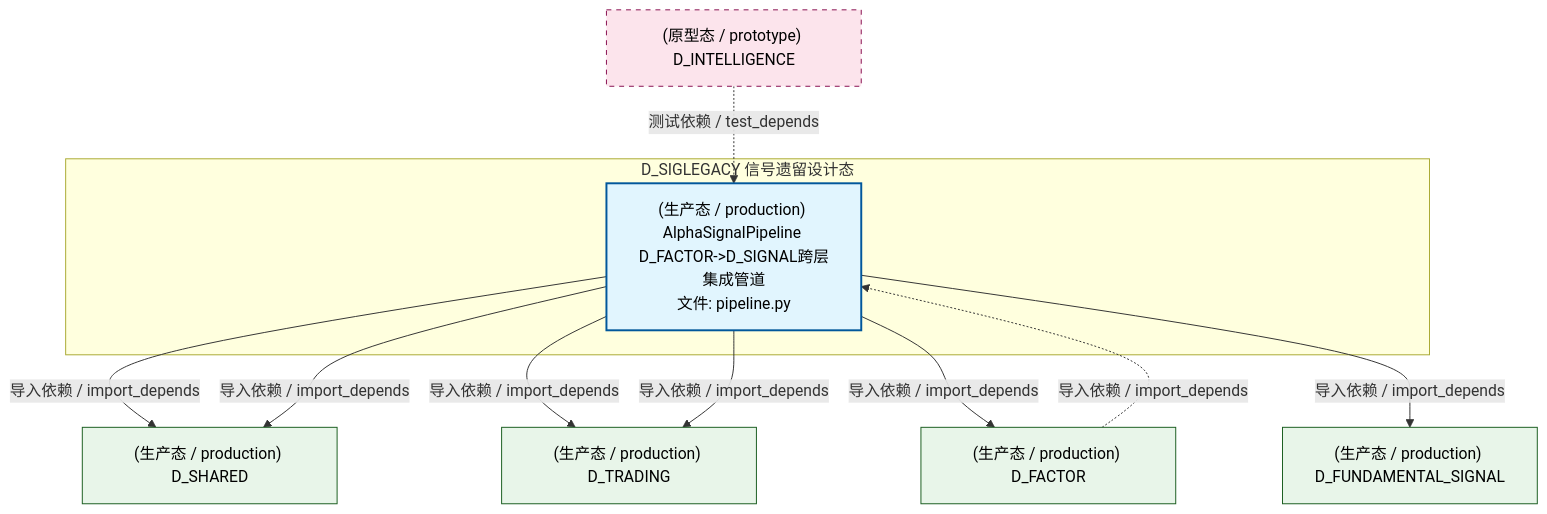
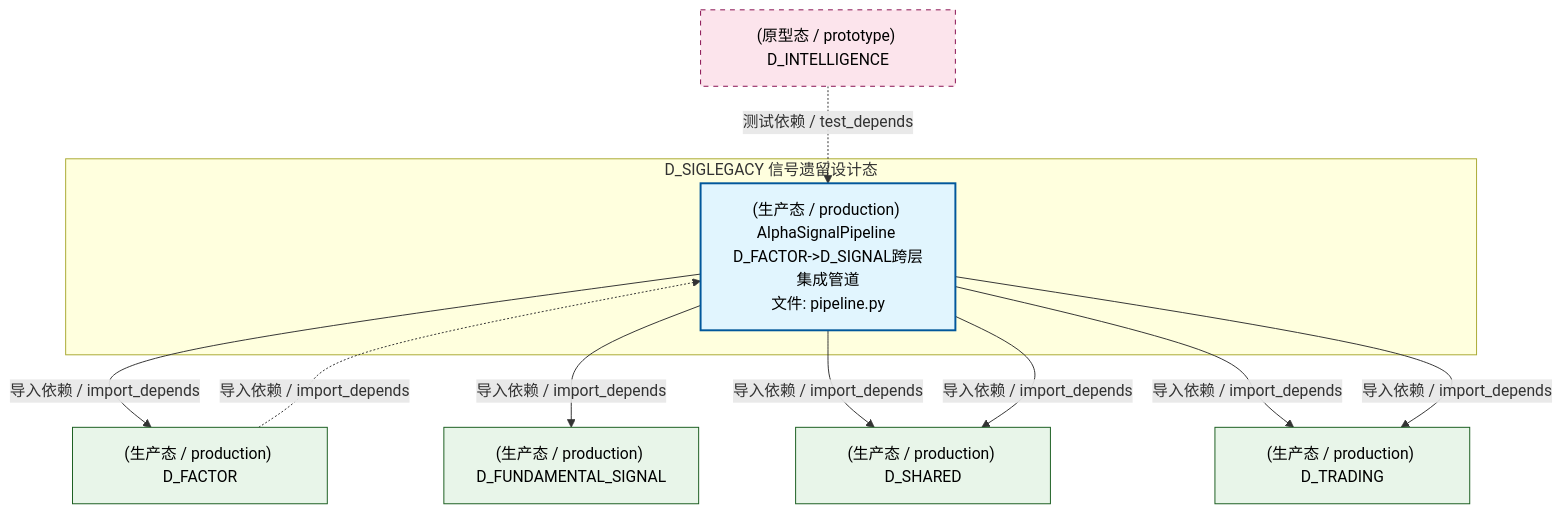
One commit to xuanFelixVan/ZephyrAlpha changed the second of 4 diagrams in docs/02_enterprise_architecture/02_domain_architecture_docs/63_d_siglegacy.md. Above: the diagram before and after it, drawn with Mermaid. The commit also changed other lines of this file and 126 other files, not shown here.

````diff
--- a/docs/02_enterprise_architecture/02_domain_architecture_docs/63_d_siglegacy.md
+++ b/docs/02_enterprise_architecture/02_domain_architecture_docs/63_d_siglegacy.md
@@ -138,26 +138,26 @@
 ```mermaid
 graph TD
     subgraph D_SIGLEGACY["D_SIGLEGACY 信号遗留设计态"]
         src_zephyr_signal_fundamental_pipeline_py["(生产态 / production) AlphaSignalPipeline D_FACTOR->D_SIGNAL跨层集成管道<br/>文件: pipeline.py"]
     end
+    D_FACTOR["(生产态 / production) D_FACTOR"]
+    src_zephyr_signal_fundamental_pipeline_py -->|导入依赖 / import_depends| D_FACTOR
+    D_FUNDAMENTAL_SIGNAL["(生产态 / production) D_FUNDAMENTAL_SIGNAL"]
+    src_zephyr_signal_fundamental_pipeline_py -->|导入依赖 / import_depends| D_FUNDAMENTAL_SIGNAL
     D_SHARED["(生产态 / production) D_SHARED"]
     src_zephyr_signal_fundamental_pipeline_py -->|导入依赖 / import_depends| D_SHARED
     D_TRADING["(生产态 / production) D_TRADING"]
     src_zephyr_signal_fundamental_pipeline_py -->|导入依赖 / import_depends| D_TRADING
-    D_FACTOR["(生产态 / production) D_FACTOR"]
-    src_zephyr_signal_fundamental_pipeline_py -->|导入依赖 / import_depends| D_FACTOR
-    D_FUNDAMENTAL_SIGNAL["(生产态 / production) D_FUNDAMENTAL_SIGNAL"]
-    src_zephyr_signal_fundamental_pipeline_py -->|导入依赖 / import_depends| D_FUNDAMENTAL_SIGNAL
     src_zephyr_signal_fundamental_pipeline_py -->|导入依赖 / import_depends| D_SHARED
     src_zephyr_signal_fundamental_pipeline_py -->|导入依赖 / import_depends| D_TRADING
     D_FACTOR -.->|导入依赖 / import_depends| src_zephyr_signal_fundamental_pipeline_py
     D_INTELLIGENCE["(原型态 / prototype) D_INTELLIGENCE"]
     D_INTELLIGENCE -.->|测试依赖 / test_depends| src_zephyr_signal_fundamental_pipeline_py
     classDef production fill:#e1f5fe,stroke:#01579b,stroke-width:2px,color:#000
     classDef design fill:#fff3e0,stroke:#e65100,stroke-width:2px,color:#000,stroke-dasharray: 5 5
     classDef external_prod fill:#e8f5e9,stroke:#1b5e20,stroke-width:1px,color:#000
     classDef external_design fill:#fce4ec,stroke:#880e4f,stroke-width:1px,color:#000,stroke-dasharray: 5 5
     class src_zephyr_signal_fundamental_pipeline_py production
-    class D_SHARED,D_TRADING,D_FACTOR,D_FUNDAMENTAL_SIGNAL external_prod
+    class D_FACTOR,D_FUNDAMENTAL_SIGNAL,D_SHARED,D_TRADING external_prod
     class D_INTELLIGENCE external_design
 ```
````
